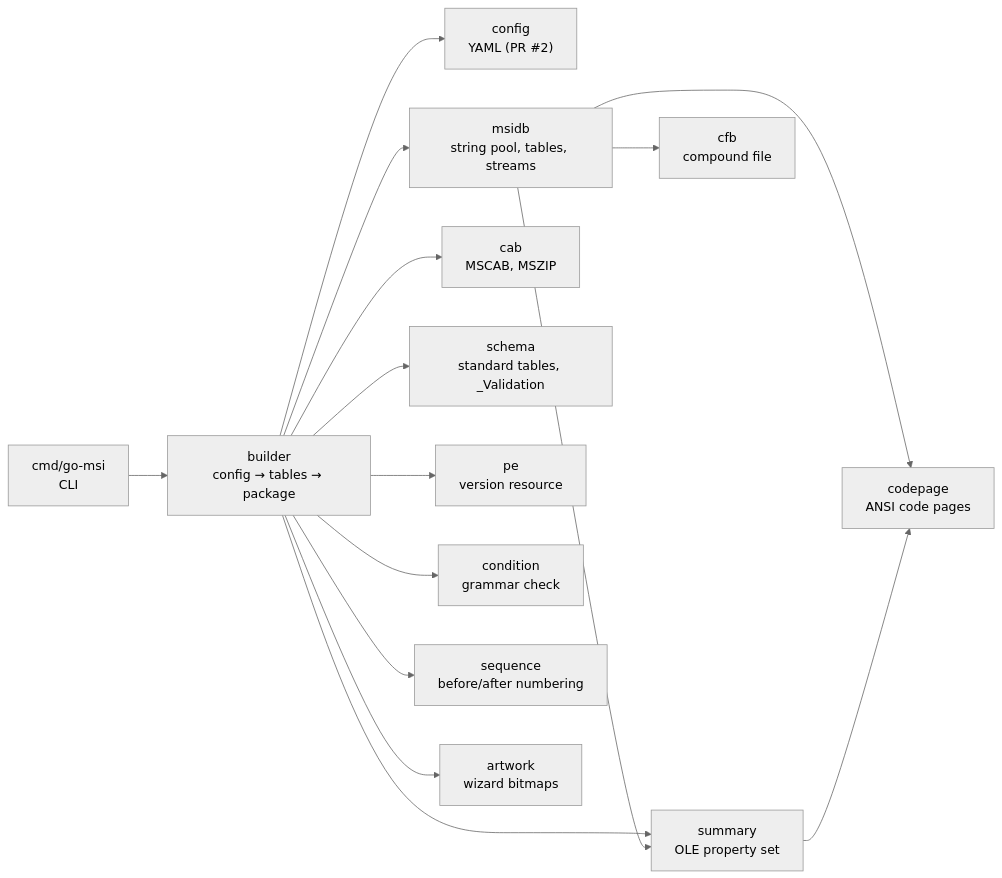
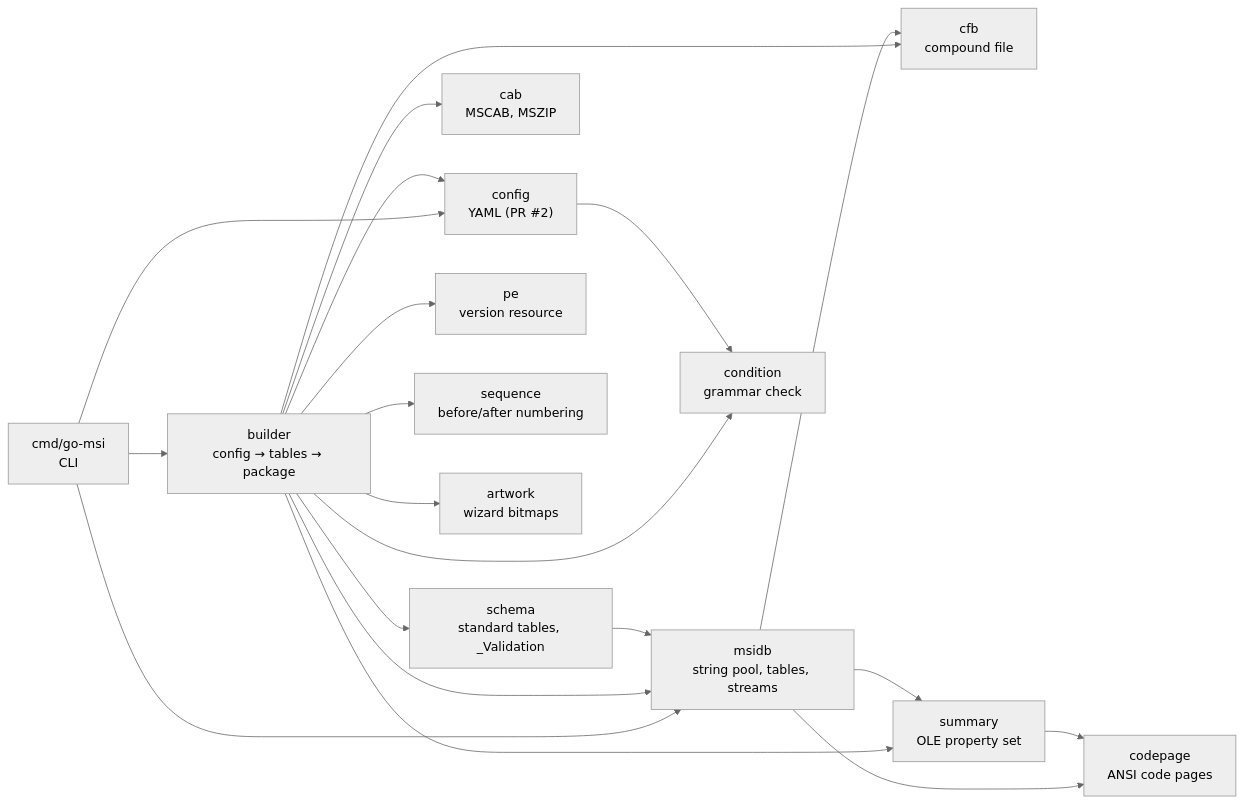
Before and after one commit to jkroepke/go-msi: the diagram in docs/design/architecture.md, drawn with Mermaid (neutral theme). The commit also changed other lines of this file, not shown here.

Commit message:
docs: complete the package diagram and dependency column
Claude-Session: https://claude.ai/code/session_01H4cKJjw2eTm54goFA7PtnM

````diff
--- a/docs/design/architecture.md
+++ b/docs/design/architecture.md
@@ -21,26 +21,29 @@
 ```mermaid
 flowchart LR
     cmd["cmd/go-msi<br/>CLI"] --> builder
+    cmd --> config
+    cmd --> msidb
     builder["builder<br/>config → tables → package"] --> config
     builder --> msidb
     builder --> cab
+    builder --> cfb
     builder --> schema
     builder --> pe
     builder --> condition
     builder --> sequence
     builder --> summary
     builder --> artwork
     msidb["msidb<br/>string pool, tables, streams"] --> cfb
     msidb --> summary
     msidb --> codepage
     summary["summary<br/>OLE property set"] --> codepage
     codepage["codepage<br/>ANSI code pages"]
     artwork["artwork<br/>wizard bitmaps"]
     cfb["cfb<br/>compound file"]
     cab["cab<br/>MSCAB, MSZIP"]
-    schema["schema<br/>standard tables, _Validation"]
+    schema["schema<br/>standard tables, _Validation"] --> msidb
     pe["pe<br/>version resource"]
     condition["condition<br/>grammar check"]
     sequence["sequence<br/>before/after numbering"]
-    config["config<br/>YAML (PR #2)"]
+    config["config<br/>YAML (PR #2)"] --> condition
 ```
````
